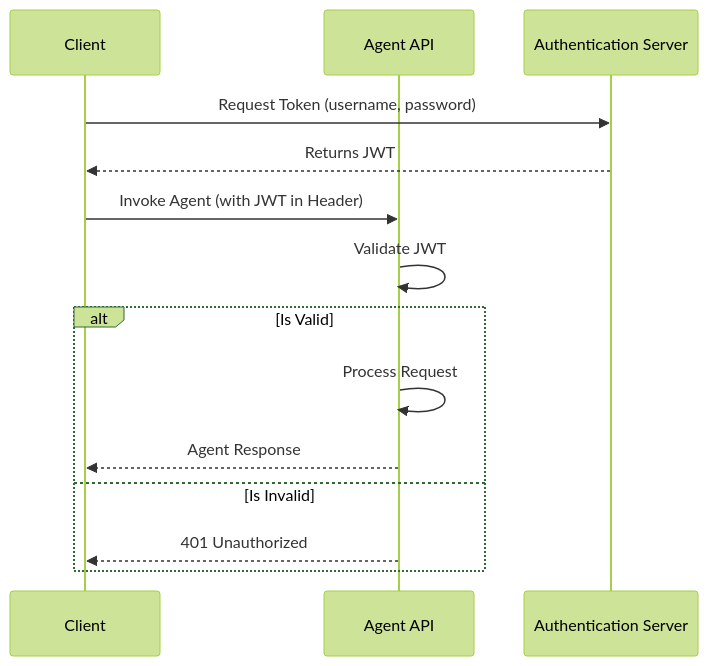
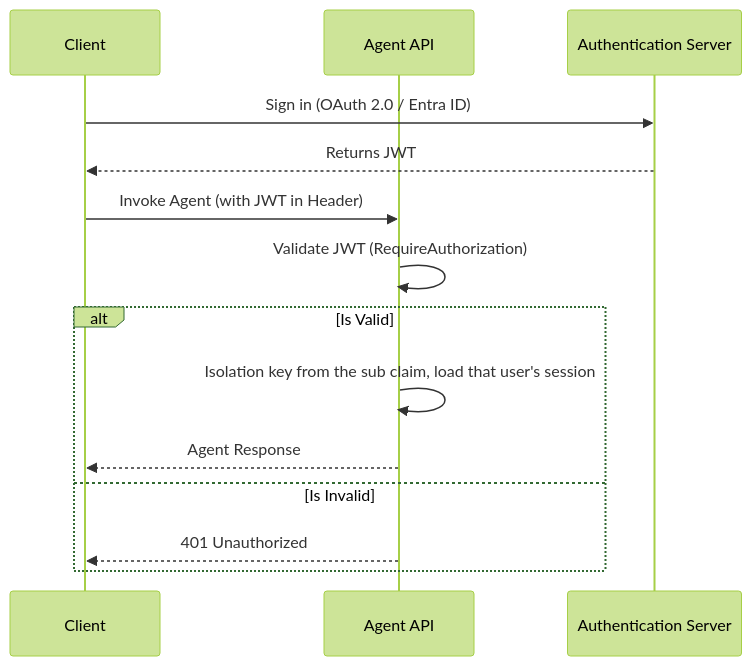
One commit to CodeHalwell/AgentGuides changed the ninth of 12 diagrams in src/content/docs/microsoft-agent-framework-guide/dotnet/microsoft_agent_framework_dotnet_diagrams.md. Above: the diagram before and after it, drawn with Mermaid (forest theme). The commit also changed other lines of this file and 4 other files, not shown here.

````diff
--- a/src/content/docs/microsoft-agent-framework-guide/dotnet/microsoft_agent_framework_dotnet_diagrams.md
+++ b/src/content/docs/microsoft-agent-framework-guide/dotnet/microsoft_agent_framework_dotnet_diagrams.md
@@ -233,18 +238,18 @@
 ```mermaid
 sequenceDiagram
     participant Client
     participant AgentAPI as Agent API
     participant AuthServer as Authentication Server
 
-    Client->>AuthServer: Request Token (username, password)
+    Client->>AuthServer: Sign in (OAuth 2.0 / Entra ID)
     AuthServer-->>Client: Returns JWT
 
     Client->>AgentAPI: Invoke Agent (with JWT in Header)
-    AgentAPI->>AgentAPI: Validate JWT
+    AgentAPI->>AgentAPI: Validate JWT (RequireAuthorization)
     alt Is Valid
-        AgentAPI->>AgentAPI: Process Request
+        AgentAPI->>AgentAPI: Isolation key from the sub claim, load that user's session
         AgentAPI-->>Client: Agent Response
     else Is Invalid
         AgentAPI-->>Client: 401 Unauthorized
     end
 ```
````
